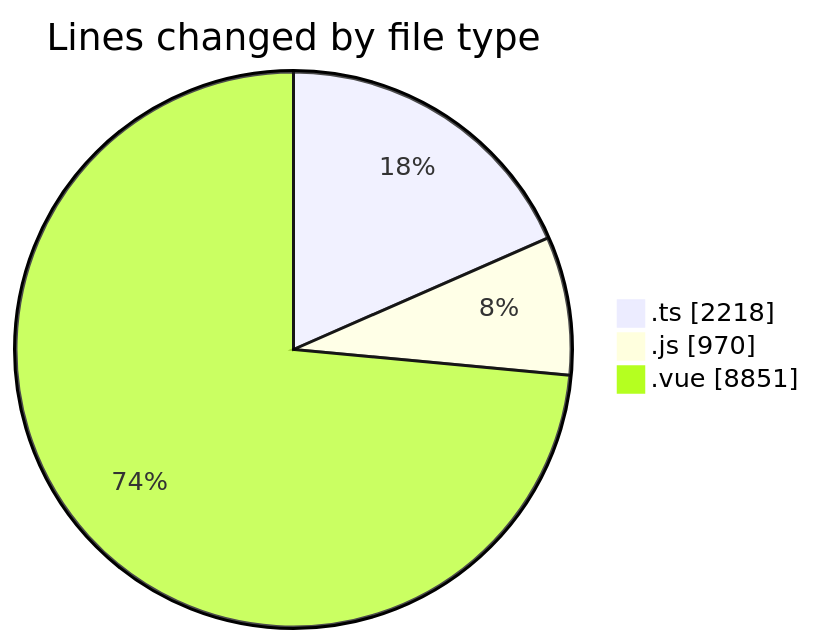
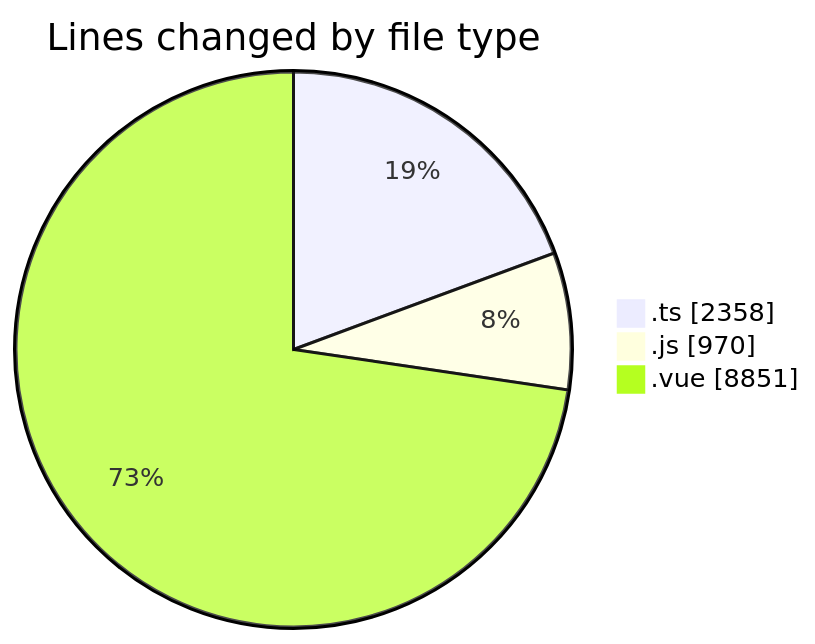
Before and after one commit to lephambinh05/code-tracking: the first of 2 diagrams in 2025-08-16/rentotp/README.md, drawn with Mermaid. The commit also changed other lines of this file and 1 other file, not shown here.

````diff
--- a/2025-08-16/rentotp/README.md
+++ b/2025-08-16/rentotp/README.md
@@ -54,7 +54,7 @@
 ```mermaid
 pie showData
 title Lines changed by file type
-".ts" : 2218
+".ts" : 2358
 ".js" : 970
 ".vue" : 8851
 ```
````
